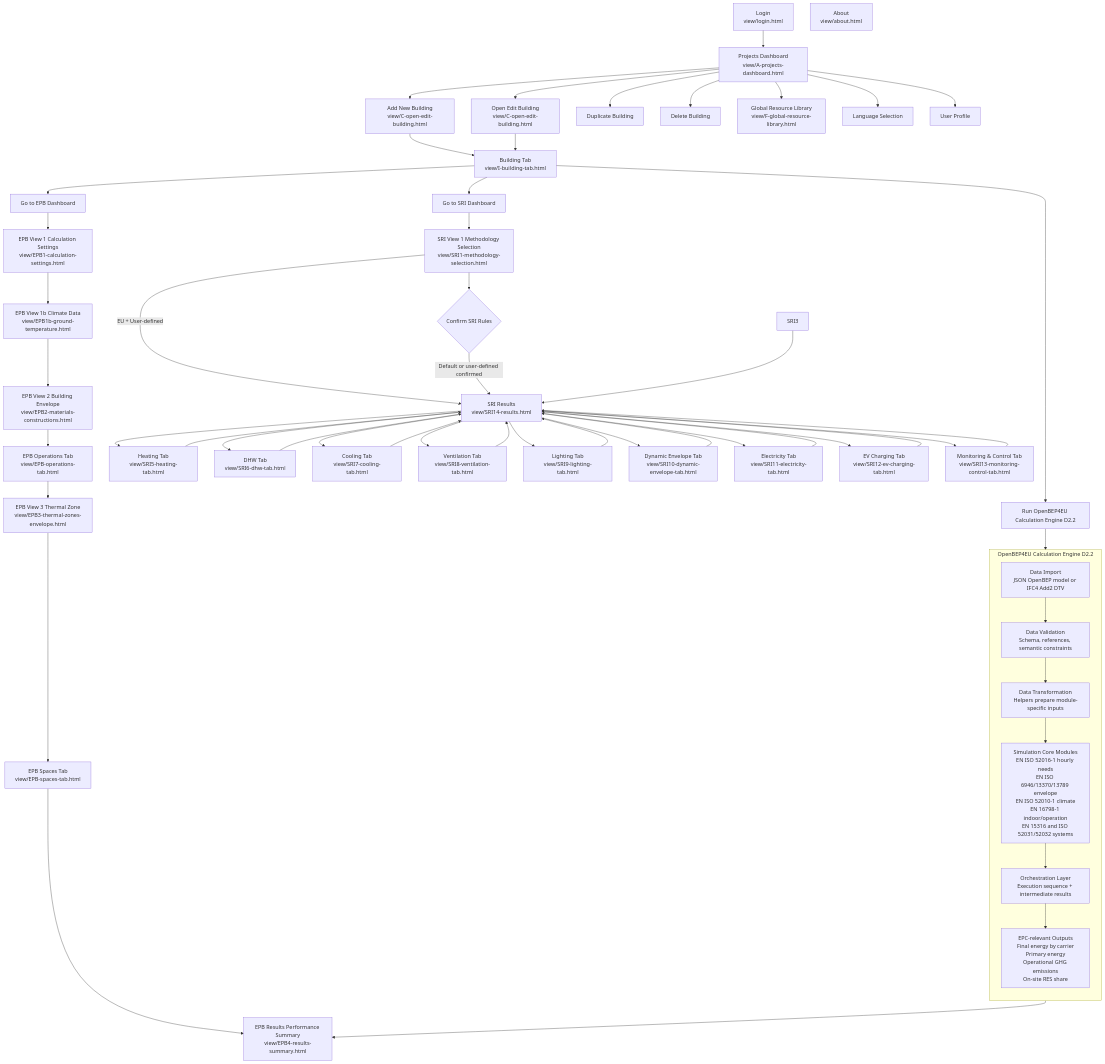
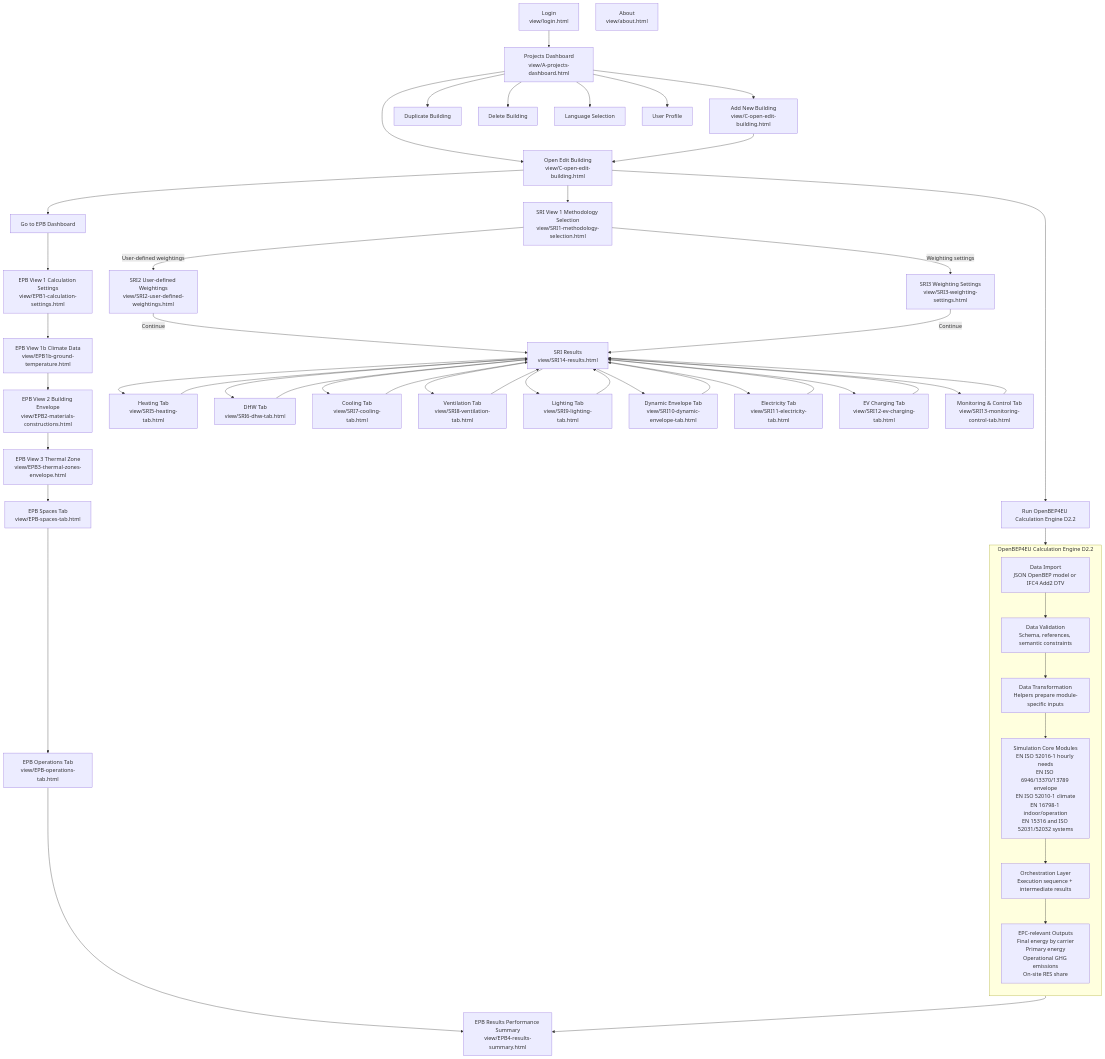
The diagram in links.mmd (pantazis/-building-performance-app), drawn with Mermaid before and after one commit. The commit also changed 14 other files, not shown here.

```diff
--- a/links.mmd
+++ b/links.mmd
@@ -1,68 +1,65 @@
 flowchart TD
 
 LOGIN[Login\nview/login.html] --> A[Projects Dashboard\nview/A-projects-dashboard.html]
 ABOUT[About\nview/about.html]
 
 A --> B[Add New Building\nview/C-open-edit-building.html]
 A --> C[Open Edit Building\nview/C-open-edit-building.html]
 A --> D[Duplicate Building]
 A --> E[Delete Building]
-A --> F[Global Resource Library\nview/F-global-resource-library.html]
 A --> G[Language Selection]
 A --> H[User Profile]
 
-B --> I[Building Tab\nview/I-building-tab.html]
-C --> I
+B --> C
 
-I --> J[Go to EPB Dashboard]
-I --> K[Go to SRI Dashboard]
+C --> J[Go to EPB Dashboard]
+C --> SRI1[SRI View 1 Methodology Selection\nview/SRI1-methodology-selection.html]
 
 J --> EPB1[EPB View 1 Calculation Settings\nview/EPB1-calculation-settings.html]
 EPB1 --> EPB1B[EPB View 1b Climate Data\nview/EPB1b-ground-temperature.html]
 EPB1B --> EPB2[EPB View 2 Building Envelope\nview/EPB2-materials-constructions.html]
-EPB2 --> EPBOPS[EPB Operations Tab\nview/EPB-operations-tab.html]
-EPBOPS --> EPB3[EPB View 3 Thermal Zone\nview/EPB3-thermal-zones-envelope.html]
+EPB2 --> EPB3[EPB View 3 Thermal Zone\nview/EPB3-thermal-zones-envelope.html]
 EPB3 --> EPBSPACES[EPB Spaces Tab\nview/EPB-spaces-tab.html]
-EPBSPACES --> EPB4[EPB Results Performance Summary\nview/EPB4-results-summary.html]
+EPBSPACES --> EPBOPS[EPB Operations Tab\nview/EPB-operations-tab.html]
+EPBOPS --> EPB4[EPB Results Performance Summary\nview/EPB4-results-summary.html]
 
-K --> SRI1[SRI View 1 Methodology Selection\nview/SRI1-methodology-selection.html]
-SRI1 --> SRI2{Confirm SRI Rules}
-SRI1 -->|EU + User-defined| SRI14[SRI14 Results\nview/SRI14-results.html]
-SRI2 -->|Default or user-defined confirmed| SRI14[SRI14 Results\nview/SRI14-results.html]
-SRI3 --> SRI14
+SRI1 -->|User-defined weightings| SRI2[SRI2 User-defined Weightings\nview/SRI2-user-defined-weightings.html]
+SRI1 -->|Weighting settings| SRI3[SRI3 Weighting Settings\nview/SRI3-weighting-settings.html]
+SRI2 -->|Continue| SRI14[SRI14 Results\nview/SRI14-results.html]
+SRI3 -->|Continue| SRI14
 
 SRI14 --> SRI5[Heating Tab\nview/SRI5-heating-tab.html]
 SRI14 --> SRI6[DHW Tab\nview/SRI6-dhw-tab.html]
 SRI14 --> SRI7[Cooling Tab\nview/SRI7-cooling-tab.html]
 SRI14 --> SRI8[Ventilation Tab\nview/SRI8-ventilation-tab.html]
 SRI14 --> SRI9[Lighting Tab\nview/SRI9-lighting-tab.html]
 SRI14 --> SRI10[Dynamic Envelope Tab\nview/SRI10-dynamic-envelope-tab.html]
 SRI14 --> SRI11[Electricity Tab\nview/SRI11-electricity-tab.html]
 SRI14 --> SRI12[EV Charging Tab\nview/SRI12-ev-charging-tab.html]
 SRI14 --> SRI13[Monitoring & Control Tab\nview/SRI13-monitoring-control-tab.html]
 
 SRI5 --> SRI14[SRI Results\nview/SRI14-results.html]
 SRI6 --> SRI14
 SRI7 --> SRI14
 SRI8 --> SRI14
 SRI9 --> SRI14
 SRI10 --> SRI14
 SRI11 --> SRI14
 SRI12 --> SRI14
 SRI13 --> SRI14
 
 %% D2.2 Advanced EU Kernel EPC Engine integration
-I --> CE0[Run OpenBEP4EU Calculation Engine D2.2]
+C --> CE0[Run OpenBEP4EU Calculation Engine D2.2]
 
 subgraph CE[OpenBEP4EU Calculation Engine D2.2]
 direction TB
 CE1[Data Import\nJSON OpenBEP model or IFC4 Add2 DTV]
 CE2[Data Validation\nSchema, references, semantic constraints]
 CE3[Data Transformation\nHelpers prepare module-specific inputs]
 CE4[Simulation Core Modules\nEN ISO 52016-1 hourly needs\nEN ISO 6946/13370/13789 envelope\nEN ISO 52010-1 climate\nEN 16798-1 indoor/operation\nEN 15316 and ISO 52031/52032 systems]
 CE5[Orchestration Layer\nExecution sequence + intermediate results]
 CE6[EPC-relevant Outputs\nFinal energy by carrier\nPrimary energy\nOperational GHG emissions\nOn-site RES share]
 end
 
 CE0 --> CE1 --> CE2 --> CE3 --> CE4 --> CE5 --> CE6
 CE6 --> EPB4
```
